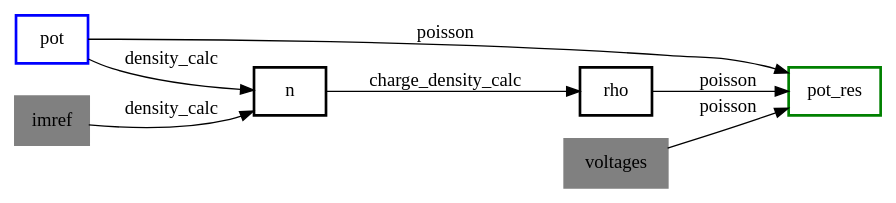
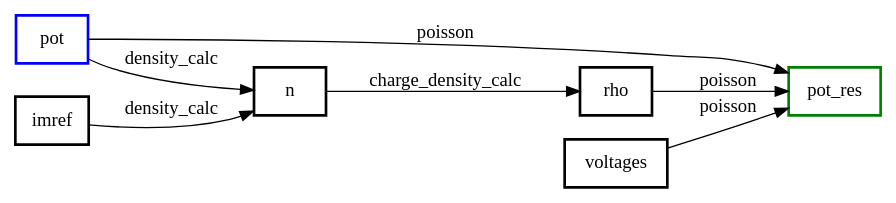
One commit to po1arbear21/cybear changed the diagram in nlpe.gv. Above: the diagram before and after it, drawn with Graphviz. The commit also changed 14 other files, not shown here.

```diff
--- a/nlpe.gv
+++ b/nlpe.gv
@@ -1,22 +1,22 @@
 digraph mygraph {
   rankdir = "LR"
   node [shape=box]
   1 [color=blue label="pot
 " penwidth=2.0]
   2 [color=green label="pot_res
 " penwidth=2.0]
   3 [color=black label="rho
 " penwidth=2.0]
   4 [color=black label="voltages
-" penwidth=2.0 style=filled color=gray]
+" penwidth=2.0]
   5 [color=black label="n
 " penwidth=2.0]
   6 [color=black label="imref
-" penwidth=2.0 style=filled color=gray]
+" penwidth=2.0]
   1 -> 2 [label="poisson"]
   3 -> 2 [label="poisson"]
   4 -> 2 [label="poisson"]
   5 -> 3 [label="charge_density_calc"]
   1 -> 5 [label="density_calc"]
   6 -> 5 [label="density_calc"]
 }
```
